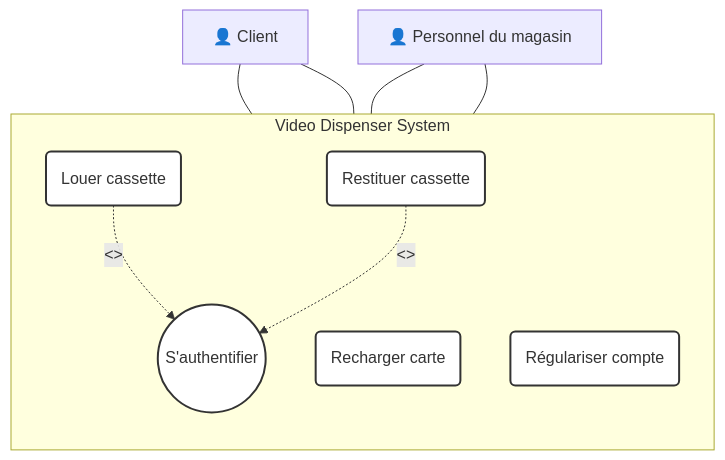
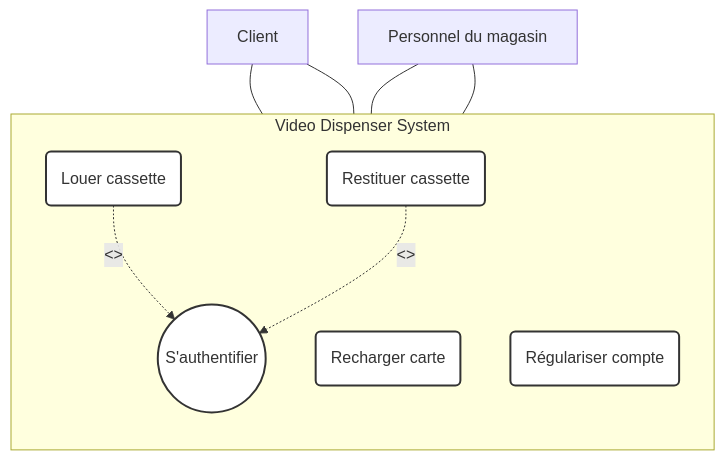
Before and after one commit to Vtheonly/Obsidian_Notes: diagram 11 of 34 in Master 1/S2/Advanced Code Patterns/Chapter 1.1: Use Case Diagram/00100 Excercise.md, drawn with Mermaid. The commit also changed other lines of this file and 3934 other files, not shown here.

````diff
--- a/Master 1/S2/Advanced Code Patterns/Chapter 1.1: Use Case Diagram/00100 Excercise.md
+++ b/Master 1/S2/Advanced Code Patterns/Chapter 1.1: Use Case Diagram/00100 Excercise.md
@@ -591,26 +591,26 @@
 ```mermaid
 graph TD
     subgraph Video Dispenser System
         direction TB
         UC_Rent(Louer cassette)
         UC_Return(Restituer cassette)
         UC_Auth((S'authentifier))
         UC_Refill(Recharger carte)
         UC_Settle(Régulariser compte)
         
         UC_Rent -.->|<<include>>| UC_Auth
         UC_Return -.->|<<include>>| UC_Auth
     end
     
-    A_Client["👤 Client"] --- UC_Rent
+    A_Client[" Client"] --- UC_Rent
     A_Client --- UC_Return
     
-    A_Staff["👤 Personnel du magasin"] --- UC_Refill
+    A_Staff[" Personnel du magasin"] --- UC_Refill
     A_Staff --- UC_Settle
     
     style UC_Rent fill:#fff,stroke:#333,stroke-width:2px;
     style UC_Return fill:#fff,stroke:#333,stroke-width:2px;
     style UC_Auth fill:#fff,stroke:#333,stroke-width:2px;
     style UC_Refill fill:#fff,stroke:#333,stroke-width:2px;
     style UC_Settle fill:#fff,stroke:#333,stroke-width:2px;
 ```
````
